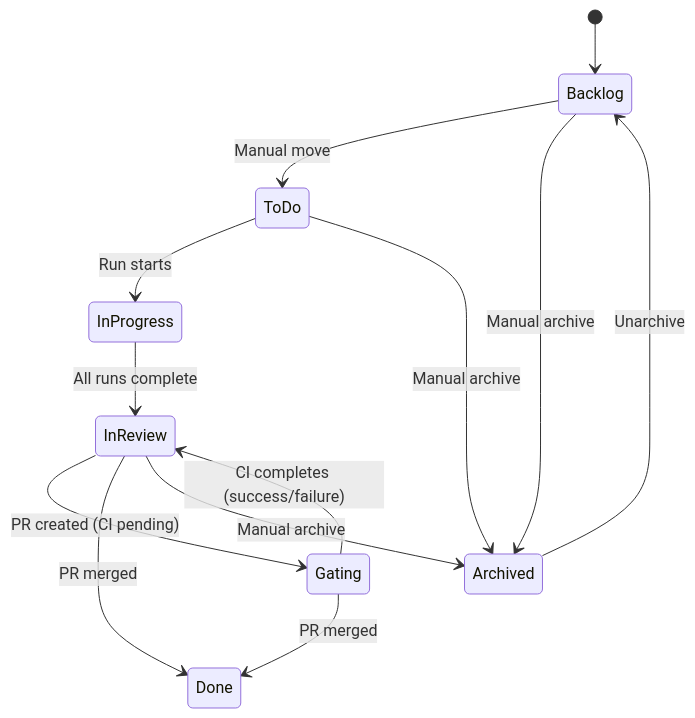
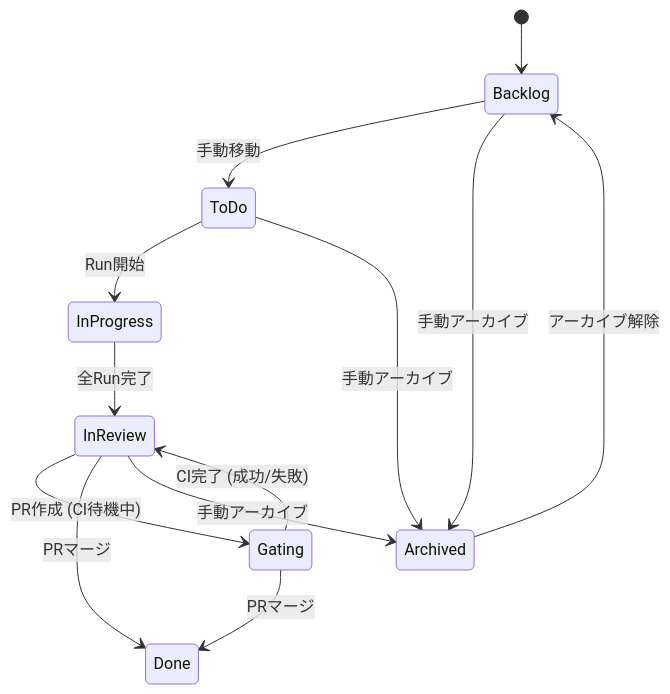
The diagram in docs/gating_status.md (hampen2929/zloth), drawn with Mermaid before and after one commit. The commit also changed other lines of this file, not shown here.

````diff
--- a/docs/gating_status.md
+++ b/docs/gating_status.md
@@ -9,16 +9,16 @@
 ```mermaid
 stateDiagram-v2
     [*] --> Backlog
-    Backlog --> ToDo: Manual move
-    ToDo --> InProgress: Run starts
-    InProgress --> InReview: All runs complete
-    InReview --> Gating: PR created (CI pending)
-    Gating --> InReview: CI completes (success/failure)
-    Gating --> Done: PR merged
-    InReview --> Done: PR merged
+    Backlog --> ToDo: 手動移動
+    ToDo --> InProgress: Run開始
+    InProgress --> InReview: 全Run完了
+    InReview --> Gating: PR作成 (CI待機中)
+    Gating --> InReview: CI完了 (成功/失敗)
+    Gating --> Done: PRマージ
+    InReview --> Done: PRマージ
 
-    Backlog --> Archived: Manual archive
-    ToDo --> Archived: Manual archive
-    InReview --> Archived: Manual archive
-    Archived --> Backlog: Unarchive
+    Backlog --> Archived: 手動アーカイブ
+    ToDo --> Archived: 手動アーカイブ
+    InReview --> Archived: 手動アーカイブ
+    Archived --> Backlog: アーカイブ解除
 ```
````
